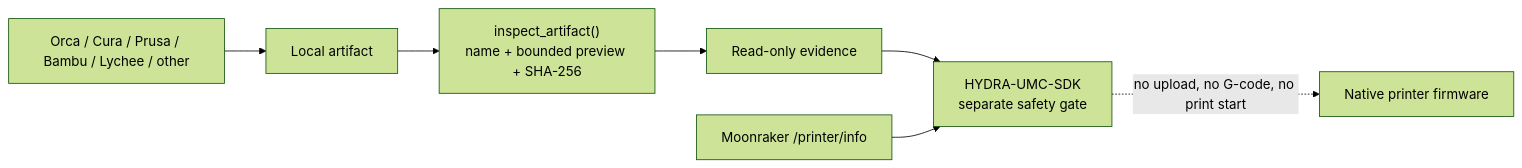
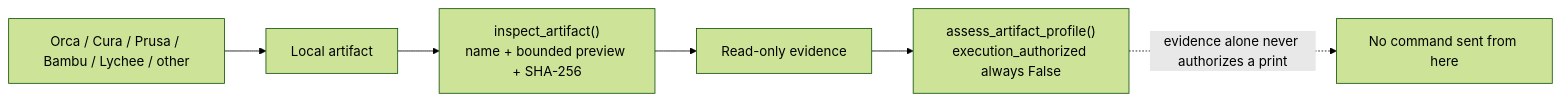
Before and after one commit to JuanenRac/HYDRA-UMC-BRIDGE-PRINTER3D: the diagram in docs/SLICER_ARTIFACT_COMPATIBILITY.md, drawn with Mermaid (forest theme). The commit also changed other lines of this file and 9 other files, not shown here.

````diff
--- a/docs/SLICER_ARTIFACT_COMPATIBILITY.md
+++ b/docs/SLICER_ARTIFACT_COMPATIBILITY.md
@@ -32,9 +34,8 @@
 ```mermaid
 flowchart LR
     SLICER["Orca / Cura / Prusa / Bambu / Lychee / other"] --> FILE["Local artifact"]
     FILE --> INSPECT["inspect_artifact()<br/>name + bounded preview + SHA-256"]
     INSPECT --> EVIDENCE["Read-only evidence"]
-    EVIDENCE --> GATE["HYDRA-UMC-SDK<br/>separate safety gate"]
-    MOONRAKER["Moonraker /printer/info"] --> GATE
-    GATE -. "no upload, no G-code, no print start" .-> NATIVE["Native printer firmware"]
+    EVIDENCE --> PROFILE["assess_artifact_profile()<br/>execution_authorized always False"]
+    PROFILE -. "evidence alone never authorizes a print" .-> STOP["No command sent from here"]
 ```
````
